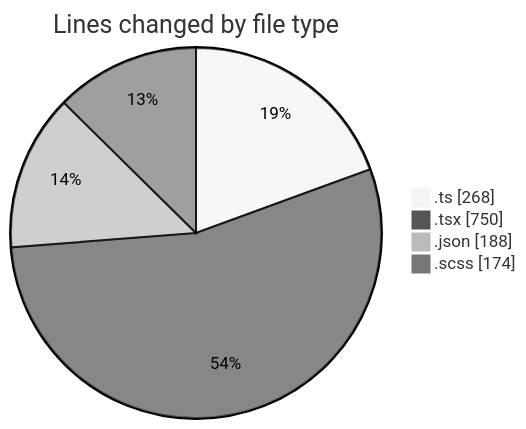
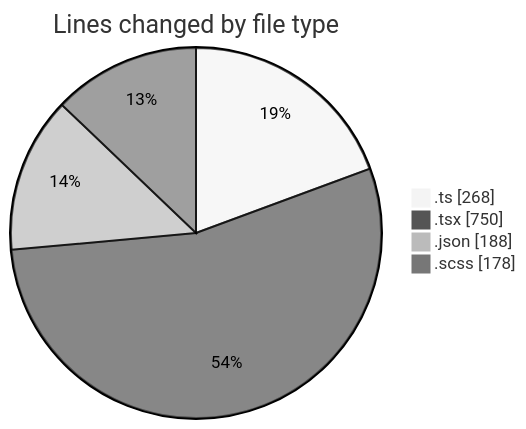
The first of 2 diagrams in 2026-05-07/cda/README.md (momahboobian/code-tracking), drawn with Mermaid (neutral theme) before and after one commit. The commit also changed other lines of this file and 1 other file, not shown here.

````diff
--- a/2026-05-07/cda/README.md
+++ b/2026-05-07/cda/README.md
@@ -32,8 +32,8 @@
 ```mermaid
 pie showData
 title Lines changed by file type
 ".ts" : 268
 ".tsx" : 750
 ".json" : 188
-".scss" : 174
+".scss" : 178
 ```
````
